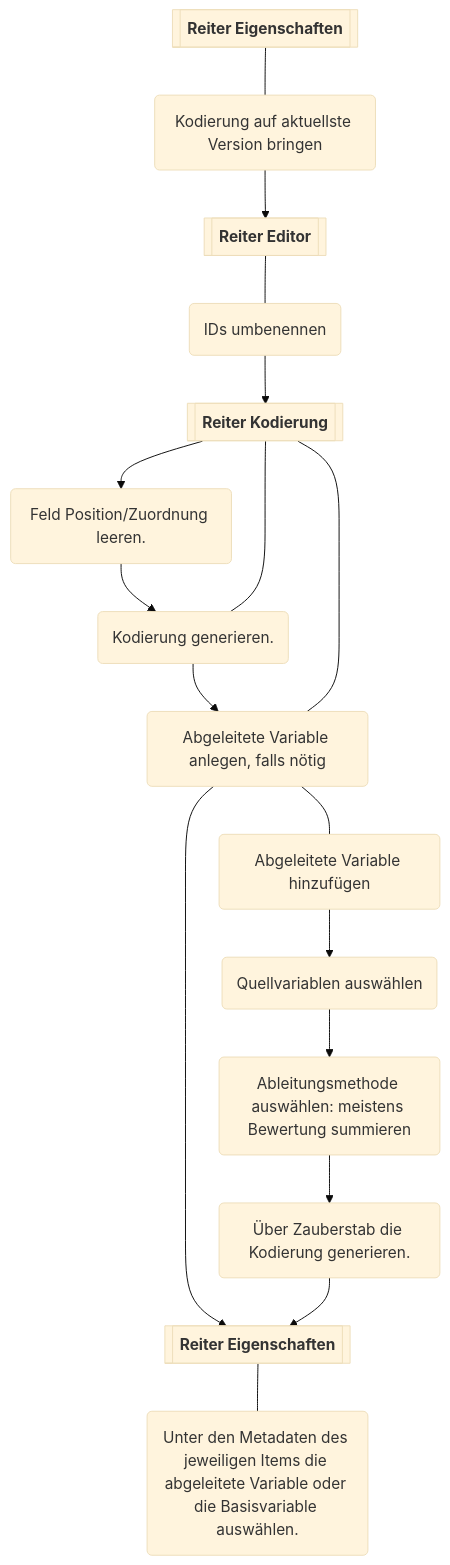
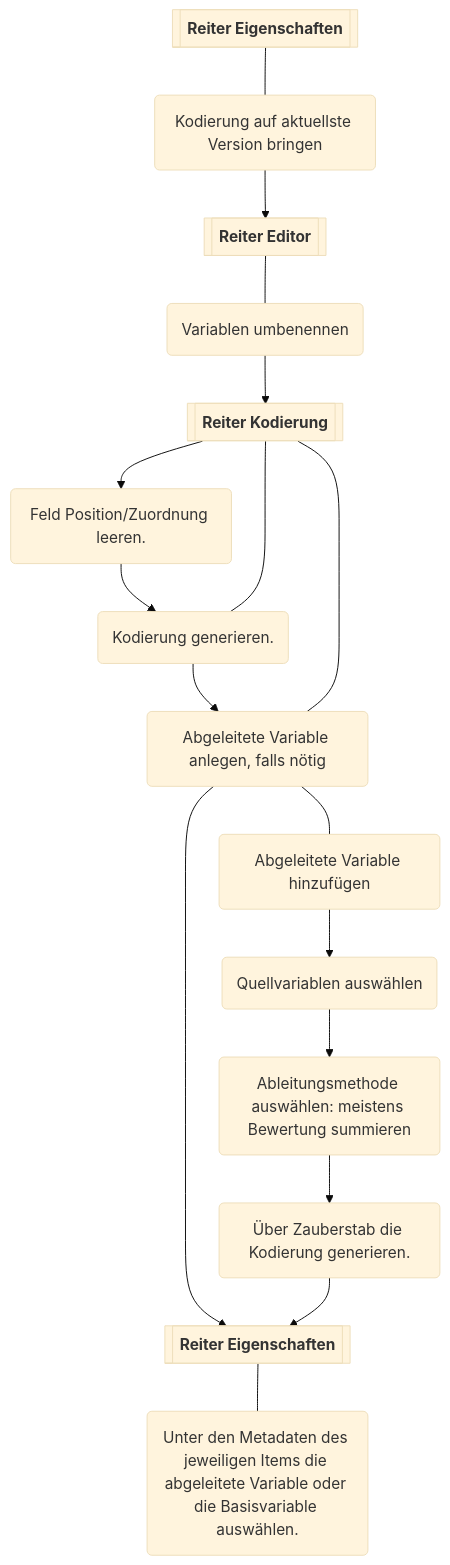
The diagram in tasks/coding-scheme/steps.qmd (iqb-berlin/tba-info), drawn with Mermaid (base theme) before and after one commit. The commit also changed other lines of this file, not shown here.

````diff
--- a/tasks/coding-scheme/steps.qmd
+++ b/tasks/coding-scheme/steps.qmd
@@ -21,23 +27,23 @@
 ```{mermaid}
 %%{init: {
     "flowchart": {"htmlLabels": false}
     } 
 }%%
 graph TD
   A[["`**Reiter Eigenschaften**`"]] --- B(Kodierung auf aktuellste Version bringen) 
   B --> C[["`**Reiter Editor**`"]]
-  C --- D(IDs umbenennen)
+  C --- D(Variablen umbenennen)
   D --> E[["`**Reiter Kodierung**`"]]
   E --> H(Feld Position/Zuordnung leeren.)
   H --> I(Kodierung generieren.)
   I --> J(Abgeleitete Variable anlegen, falls nötig)
   E --- I
   E --- J
   J --- K(Abgeleitete Variable hinzufügen)
   K --> L(Quellvariablen auswählen)
   L --> M(Ableitungsmethode auswählen: meistens Bewertung summieren)
   M --> N(Über Zauberstab die Kodierung generieren.)
   J --> O[["`**Reiter Eigenschaften**`"]]
   N --> O
   O --- P(Unter den Metadaten des jeweiligen Items die abgeleitete Variable oder die Basisvariable auswählen.)
 ```
````
